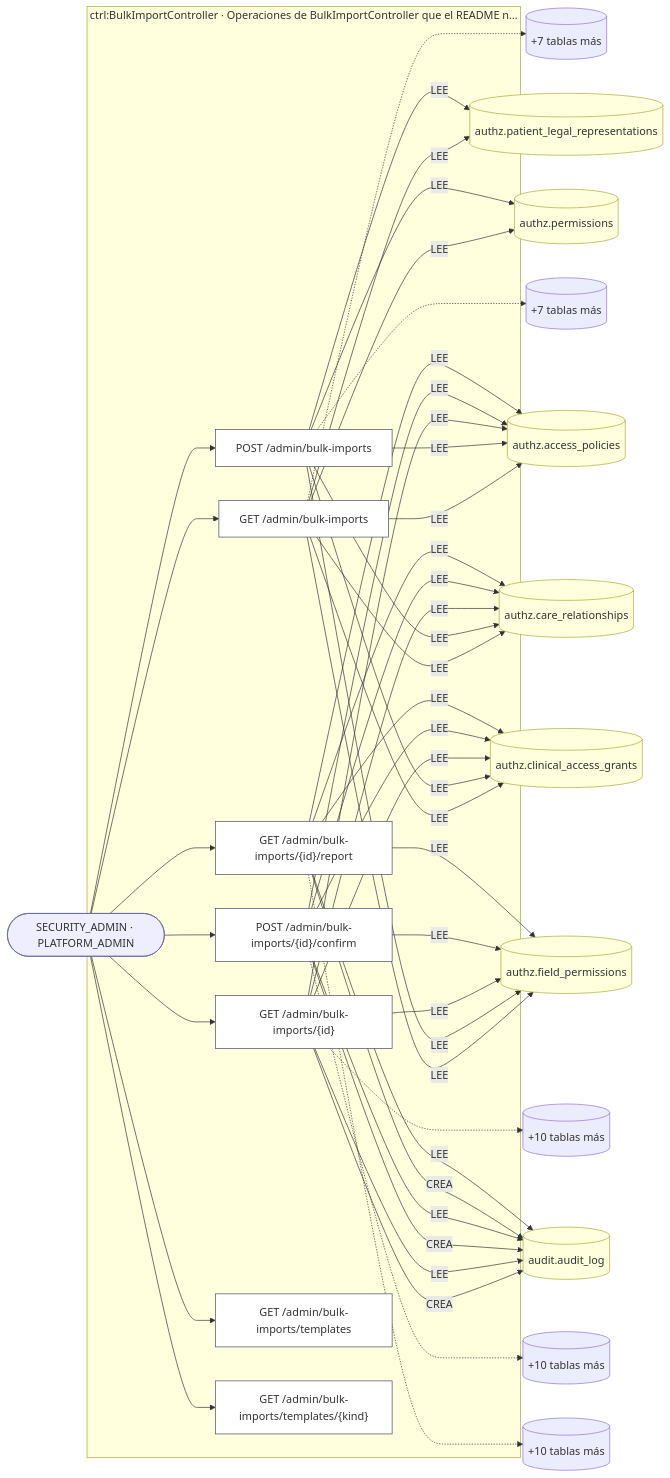
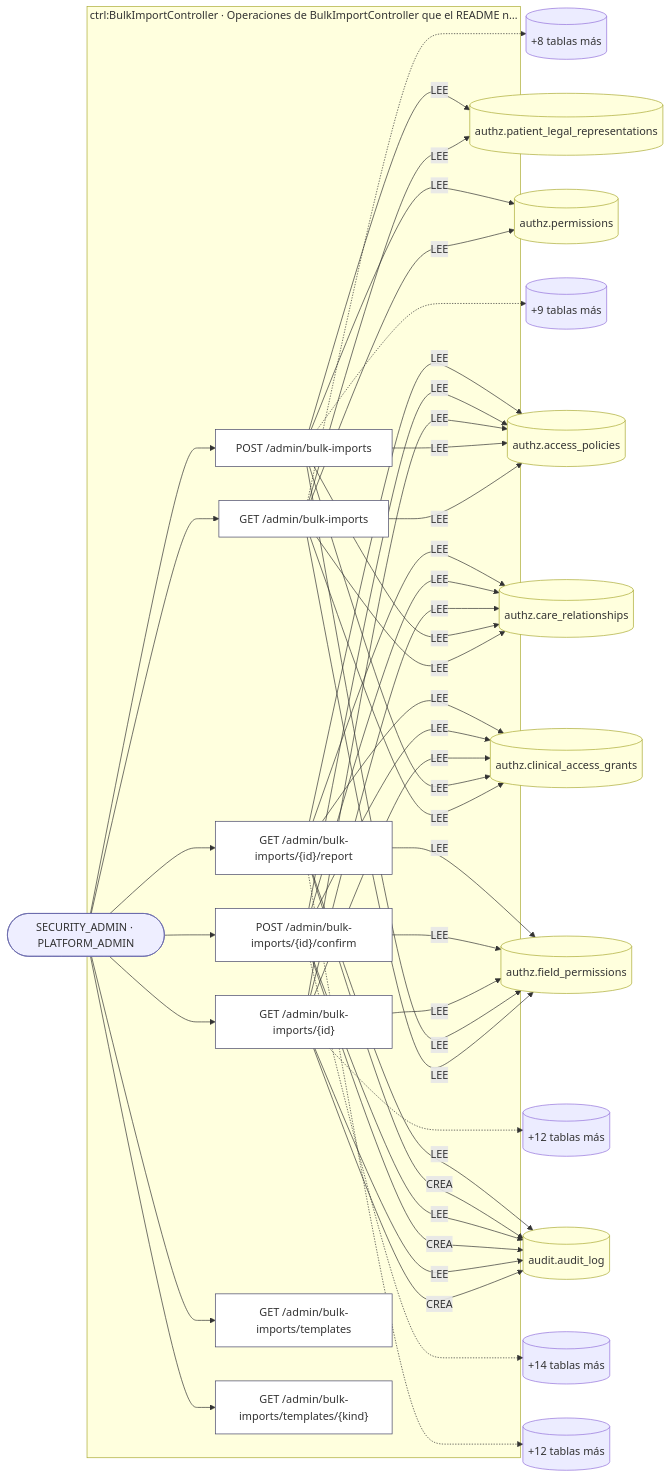
One commit to mdavila-2001/mantra-core-health-api changed the first of 8 diagrams in docs/inventario/flujos/bulk_import.md. Above: the diagram before and after it, drawn with Mermaid. The commit also changed other lines of this file and 124 other files, not shown here.

````diff
--- a/docs/inventario/flujos/bulk_import.md
+++ b/docs/inventario/flujos/bulk_import.md
@@ -36,71 +36,71 @@
 ```mermaid
 flowchart LR
   a2(["SECURITY_ADMIN · PLATFORM_ADMIN"]):::actor
   t3[("authz.access_policies")]:::tabla
   t4[("authz.care_relationships")]:::tabla
   t5[("authz.clinical_access_grants")]:::tabla
   t6[("authz.field_permissions")]:::tabla
   t7[("authz.patient_legal_representations")]:::tabla
   t8[("authz.permissions")]:::tabla
   t13[("audit.audit_log")]:::tabla
-  t9[("+7 tablas más")]
-  t11[("+7 tablas más")]
-  t14[("+10 tablas más")]
-  t16[("+10 tablas más")]
-  t18[("+10 tablas más")]
+  t9[("+8 tablas más")]
+  t11[("+9 tablas más")]
+  t14[("+12 tablas más")]
+  t16[("+14 tablas más")]
+  t18[("+12 tablas más")]
   subgraph s0["ctrl:BulkImportController · Operaciones de BulkImportController que el README n…"]
     o1["GET /admin/bulk-imports"]:::op
     o10["POST /admin/bulk-imports"]:::op
     o12["GET /admin/bulk-imports/{id}"]:::op
     o15["POST /admin/bulk-imports/{id}/confirm"]:::op
     o17["GET /admin/bulk-imports/{id}/report"]:::op
     o19["GET /admin/bulk-imports/templates"]:::op
     o20["GET /admin/bulk-imports/templates/{kind}"]:::op
   end
   a2 --> o1
   o1 -->|"LEE"| t3
   o1 -->|"LEE"| t4
   o1 -->|"LEE"| t5
   o1 -->|"LEE"| t6
   o1 -->|"LEE"| t7
   o1 -->|"LEE"| t8
   o1 -.-> t9
   a2 --> o10
   o10 -->|"LEE"| t3
   o10 -->|"LEE"| t4
   o10 -->|"LEE"| t5
   o10 -->|"LEE"| t6
   o10 -->|"LEE"| t7
   o10 -->|"LEE"| t8
   o10 -.-> t11
   a2 --> o12
   o12 -->|"CREA"| t13
   o12 -->|"LEE"| t13
   o12 -->|"LEE"| t3
   o12 -->|"LEE"| t4
   o12 -->|"LEE"| t5
   o12 -->|"LEE"| t6
   o12 -.-> t14
   a2 --> o15
   o15 -->|"CREA"| t13
   o15 -->|"LEE"| t13
   o15 -->|"LEE"| t3
   o15 -->|"LEE"| t4
   o15 -->|"LEE"| t5
   o15 -->|"LEE"| t6
   o15 -.-> t16
   a2 --> o17
   o17 -->|"CREA"| t13
   o17 -->|"LEE"| t13
   o17 -->|"LEE"| t3
   o17 -->|"LEE"| t4
   o17 -->|"LEE"| t5
   o17 -->|"LEE"| t6
   o17 -.-> t18
   a2 --> o19
   a2 --> o20
   classDef op fill:#fff,stroke:#446
   classDef actor fill:#eef,stroke:#66a
   classDef tabla fill:#ffd,stroke:#aa3
   classDef evento fill:#efe,stroke:#3a3
 ```
````
